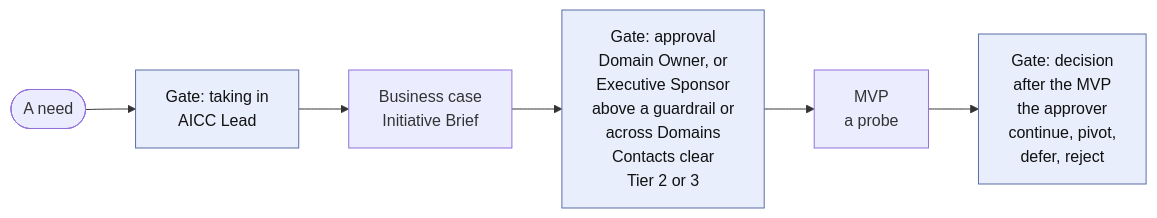
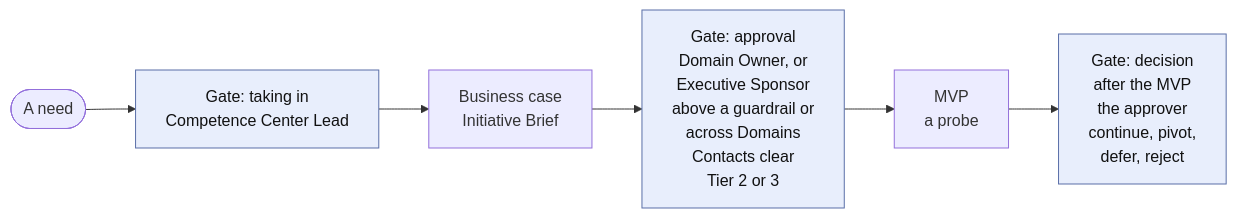
Before and after one commit to devhogu/ob-aicc: the second of 5 diagrams in charter/en/guides/service-delivery-guide.md, drawn with Mermaid. The commit also changed other lines of this file and 1149 other files, not shown here.

First line of the commit message:
The name Competence Center: AICC stays only as a code (DR-2026-066)

````diff
--- a/charter/en/guides/service-delivery-guide.md
+++ b/charter/en/guides/service-delivery-guide.md
@@ -42,10 +42,10 @@
 ```mermaid
 flowchart LR
-  N(["A need"]) --> G1["Gate: taking in<br/>AICC Lead"]
+  N(["A need"]) --> G1["Gate: taking in<br/>Competence Center Lead"]
   G1 --> BC["Business case<br/>Initiative Brief"]
   BC --> G2["Gate: approval<br/>Domain Owner, or<br/>Executive Sponsor<br/>above a guardrail or<br/>across Domains<br/>Contacts clear<br/>Tier 2 or 3"]
   G2 --> MV["MVP<br/>a probe"]
   MV --> G3["Gate: decision<br/>after the MVP<br/>the approver<br/>continue, pivot,<br/>defer, reject"]
   classDef gate fill:#e8eefc,stroke:#5a6fa8,color:#111
   class G1,G2,G3 gate
 ```
````
